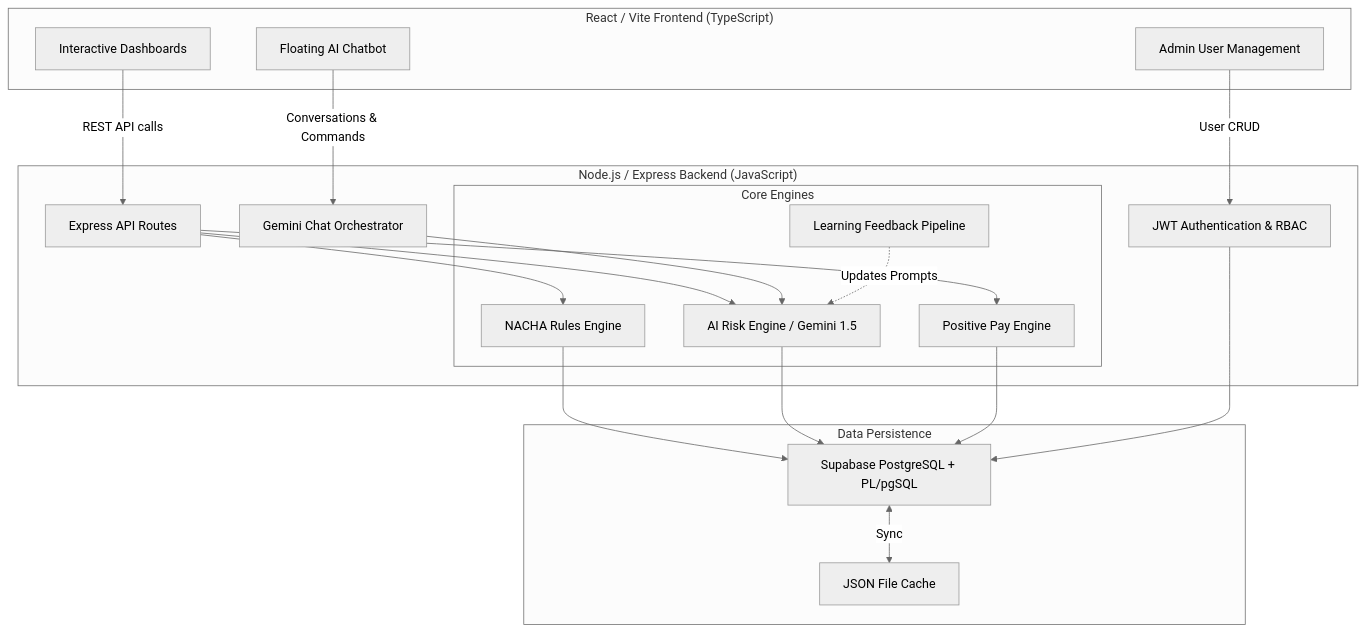
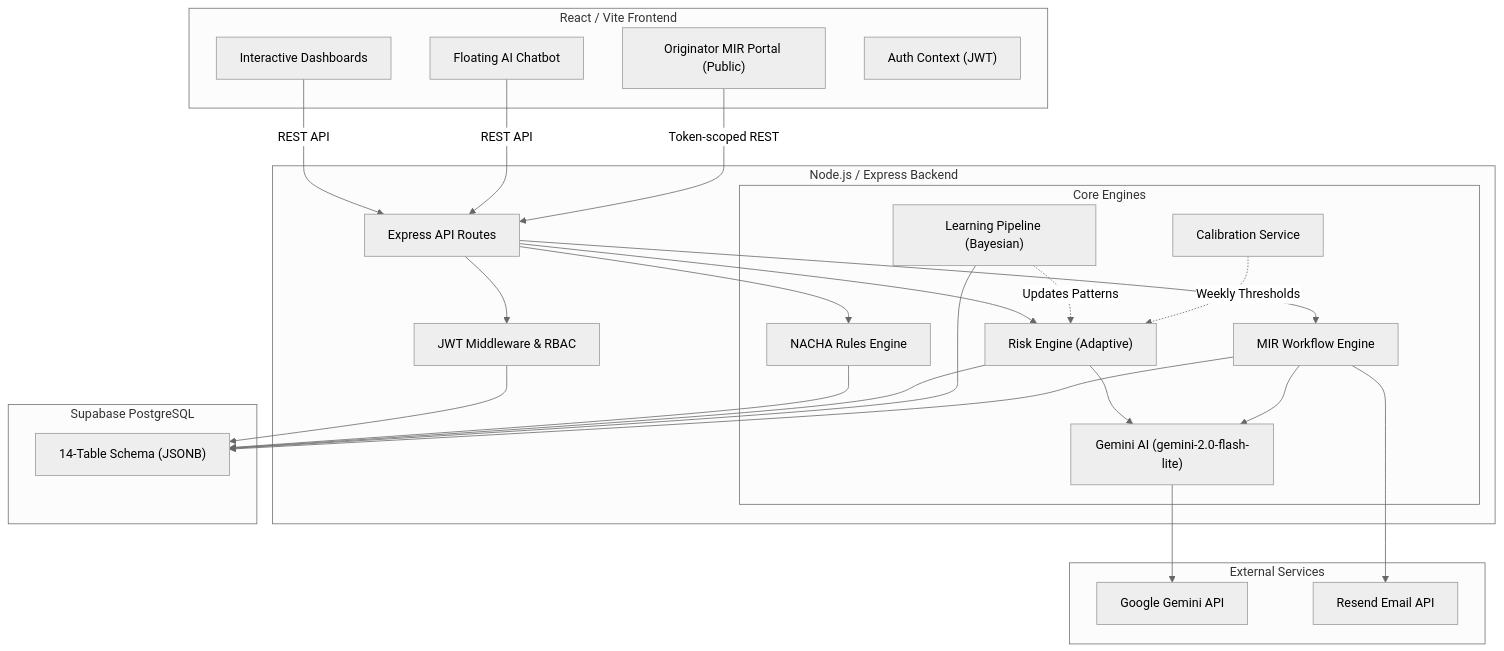
One commit to Kashyap234/ACH-project changed the first of 2 diagrams in README.md. Above: the diagram before and after it, drawn with Mermaid (neutral theme). The commit also changed other lines of this file, not shown here.

Commit message:
docs: update README to reflect v4.0 architecture, MIR workflow, and updated technology stack

````diff
--- a/README.md
+++ b/README.md
@@ -123,42 +169,51 @@
 ```mermaid
 graph TD
-    subgraph Frontend ["React / Vite Frontend (TypeScript)"]
+    subgraph Frontend ["React / Vite Frontend"]
         UI["Interactive Dashboards"]
         Chat["Floating AI Chatbot"]
-        UM["Admin User Management"]
+        Portal["Originator MIR Portal (Public)"]
+        Auth["Auth Context (JWT)"]
     end
 
-    subgraph Backend ["Node.js / Express Backend (JavaScript)"]
+    subgraph Backend ["Node.js / Express Backend"]
         API["Express API Routes"]
-        Auth["JWT Authentication & RBAC"]
-        ChatService["Gemini Chat Orchestrator"]
-        
+        AuthMW["JWT Middleware & RBAC"]
+
         subgraph CoreEngines ["Core Engines"]
             Rule["NACHA Rules Engine"]
-            Risk["AI Risk Engine / Gemini 1.5"]
-            PosPay["Positive Pay Engine"]
-            Learn["Learning Feedback Pipeline"]
+            Risk["Risk Engine (Adaptive)"]
+            AI["Gemini AI (gemini-2.0-flash-lite)"]
+            Learn["Learning Pipeline (Bayesian)"]
+            MIR["MIR Workflow Engine"]
+            Cal["Calibration Service"]
         end
     end
 
-    subgraph Storage ["Data Persistence"]
-        DB["Supabase PostgreSQL + PL/pgSQL"]
-        Cache["JSON File Cache"]
+    subgraph External ["External Services"]
+        Gemini["Google Gemini API"]
+        Resend["Resend Email API"]
     end
 
-    UI -->|REST API calls| API
-    Chat -->|Conversations & Commands| ChatService
-    UM -->|User CRUD| Auth
-    
+    subgraph Storage ["Supabase PostgreSQL"]
+        DB["14-Table Schema (JSONB)"]
+    end
+
+    UI -->|REST API| API
+    Chat -->|REST API| API
+    Portal -->|Token-scoped REST| API
+    API --> AuthMW
     API --> Rule
     API --> Risk
-    API --> PosPay
-    
+    API --> MIR
+    Risk --> AI
+    MIR --> AI
+    MIR --> Resend
+    Learn -.->|Updates Patterns| Risk
+    Cal -.->|Weekly Thresholds| Risk
+    AI --> Gemini
     Rule --> DB
     Risk --> DB
-    PosPay --> DB
-    Auth --> DB
-    ChatService --> Risk
-    Learn -.->|Updates Prompts| Risk
-    DB <-->|Sync| Cache
+    Learn --> DB
+    MIR --> DB
+    AuthMW --> DB
 ```
````
